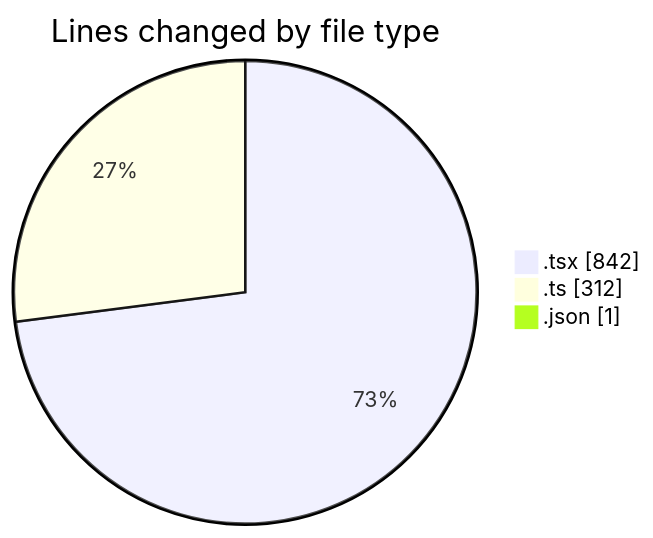
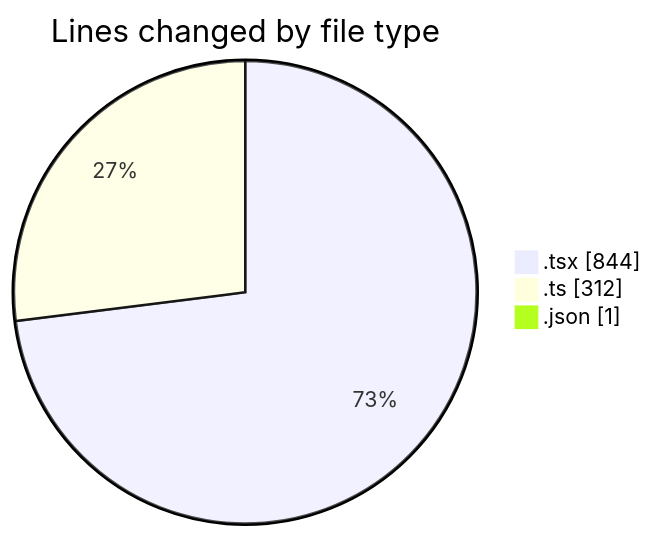
One commit to julien-gomy/code-tracking changed the first of 2 diagrams in 2025-10-08/eventscop-frontend-guide__workspace_/README.md. Above: the diagram before and after it, drawn with Mermaid. The commit also changed other lines of this file and 1 other file, not shown here.

````diff
--- a/2025-10-08/eventscop-frontend-guide__workspace_/README.md
+++ b/2025-10-08/eventscop-frontend-guide__workspace_/README.md
@@ -27,7 +27,7 @@
 ```mermaid
 pie showData
 title Lines changed by file type
-".tsx" : 842
+".tsx" : 844
 ".ts" : 312
 ".json" : 1
 ```
````
